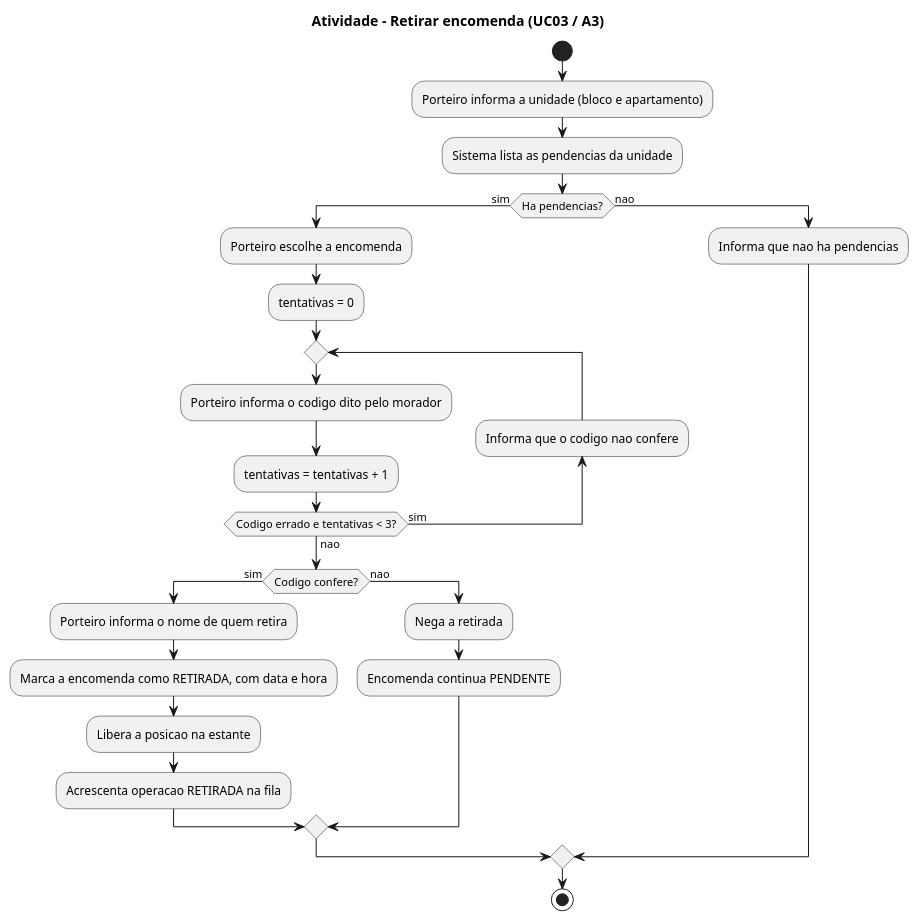
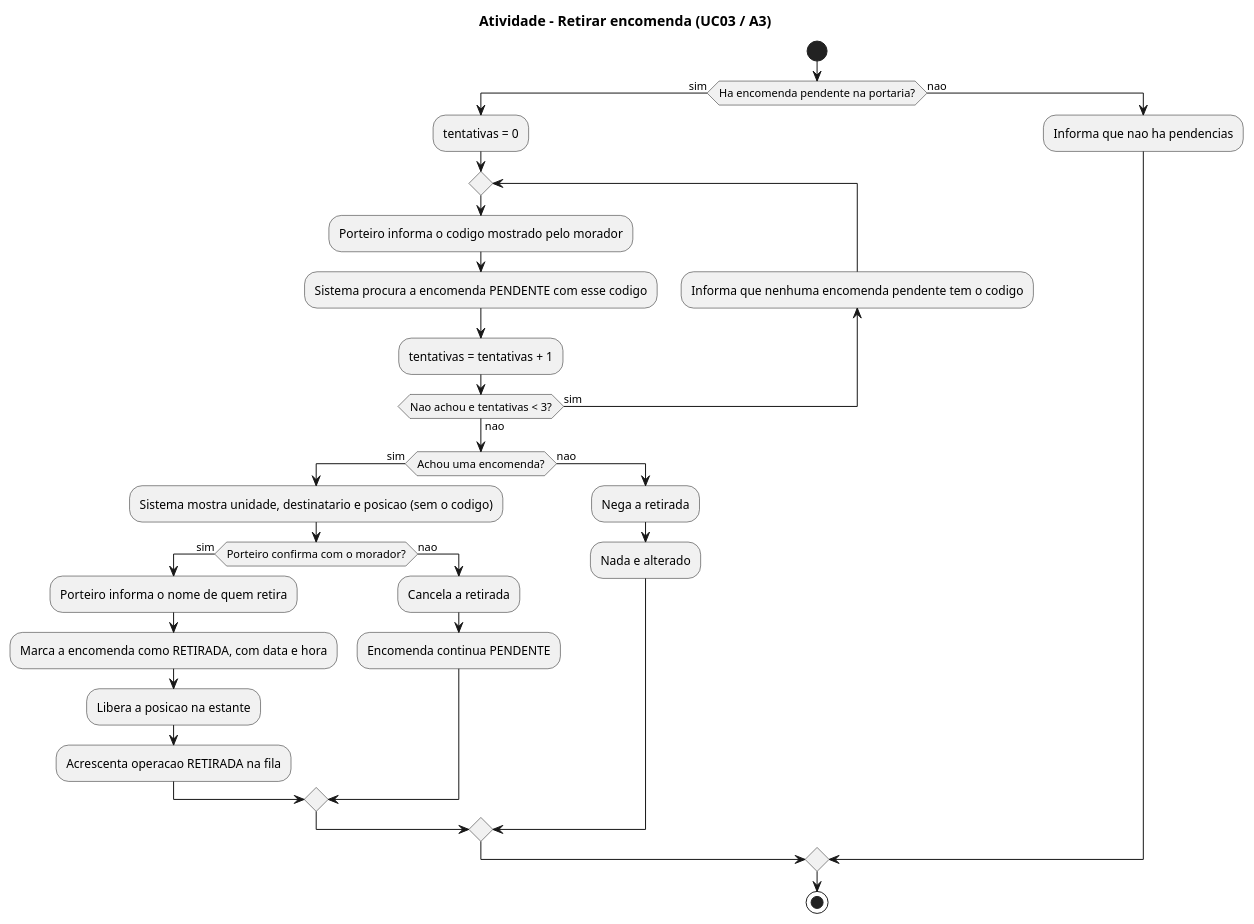
Before and after one commit to danieelaugustoo/pim: the diagram in 03-engenharia-software/diagramas/atividade-retirar-encomenda.puml, drawn with PlantUML. The commit also changed 22 other files, not shown here.

First line of the commit message:
feat(retirada): busca da encomenda pelo codigo com confirmacao do porteiro (US04)

```diff
--- a/03-engenharia-software/diagramas/atividade-retirar-encomenda.puml
+++ b/03-engenharia-software/diagramas/atividade-retirar-encomenda.puml
@@ -1,28 +1,32 @@
 @startuml atividade-retirar-encomenda
 title Atividade - Retirar encomenda (UC03 / A3)
 
 start
-:Porteiro informa a unidade (bloco e apartamento);
-:Sistema lista as pendencias da unidade;
-if (Ha pendencias?) then (sim)
-  :Porteiro escolhe a encomenda;
+if (Ha encomenda pendente na portaria?) then (sim)
   :tentativas = 0;
   repeat
-    :Porteiro informa o codigo dito pelo morador;
+    :Porteiro informa o codigo mostrado pelo morador;
+    :Sistema procura a encomenda PENDENTE com esse codigo;
     :tentativas = tentativas + 1;
-    backward :Informa que o codigo nao confere;
-  repeat while (Codigo errado e tentativas < 3?) is (sim) not (nao)
-  if (Codigo confere?) then (sim)
-    :Porteiro informa o nome de quem retira;
-    :Marca a encomenda como RETIRADA, com data e hora;
-    :Libera a posicao na estante;
-    :Acrescenta operacao RETIRADA na fila;
+    backward :Informa que nenhuma encomenda pendente tem o codigo;
+  repeat while (Nao achou e tentativas < 3?) is (sim) not (nao)
+  if (Achou uma encomenda?) then (sim)
+    :Sistema mostra unidade, destinatario e posicao (sem o codigo);
+    if (Porteiro confirma com o morador?) then (sim)
+      :Porteiro informa o nome de quem retira;
+      :Marca a encomenda como RETIRADA, com data e hora;
+      :Libera a posicao na estante;
+      :Acrescenta operacao RETIRADA na fila;
+    else (nao)
+      :Cancela a retirada;
+      :Encomenda continua PENDENTE;
+    endif
   else (nao)
     :Nega a retirada;
-    :Encomenda continua PENDENTE;
+    :Nada e alterado;
   endif
 else (nao)
   :Informa que nao ha pendencias;
 endif
 stop
 @enduml
```
